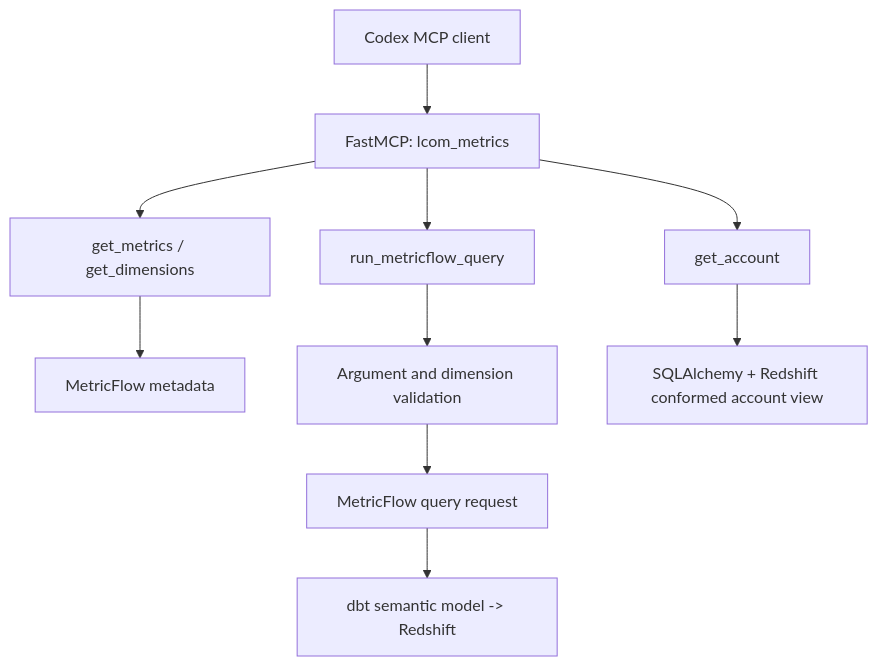
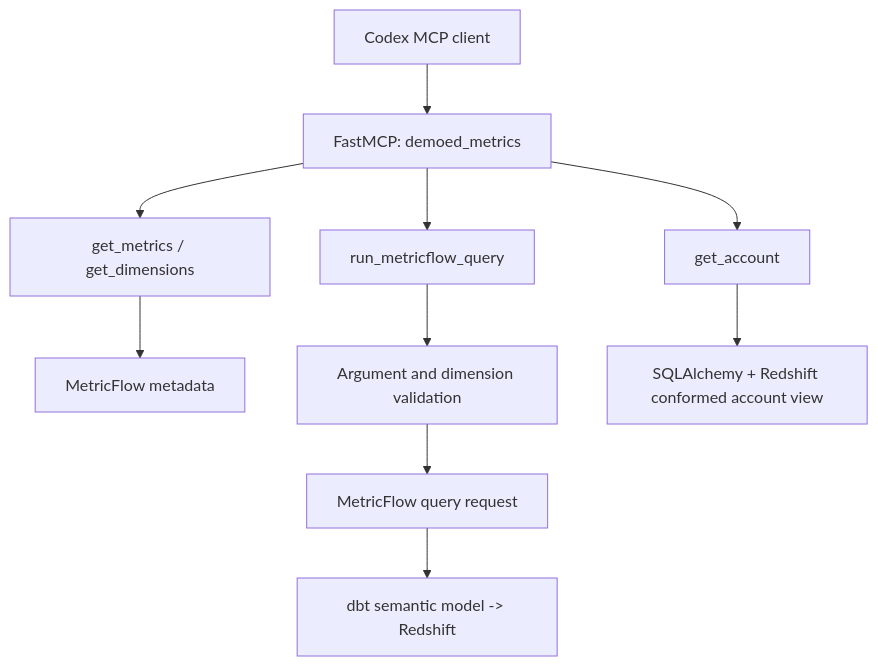
The diagram in workbench/metricflow_mcp/README.md (KaterynaD/business-context-ai), drawn with Mermaid before and after one commit. The commit also changed other lines of this file and 53 other files, not shown here.

````diff
--- a/workbench/metricflow_mcp/README.md
+++ b/workbench/metricflow_mcp/README.md
@@ -9,12 +9,12 @@
 ```mermaid
 flowchart TD
-    A[Codex MCP client] --> B[FastMCP: lcom_metrics]
+    A[Codex MCP client] --> B[FastMCP: demoed_metrics]
     B --> C[get_metrics / get_dimensions]
     C --> D[MetricFlow metadata]
     B --> E[run_metricflow_query]
     E --> F[Argument and dimension validation]
     F --> G[MetricFlow query request]
     G --> H[dbt semantic model -> Redshift]
     B --> I[get_account]
     I --> J[SQLAlchemy + Redshift conformed account view]
 ```
````
